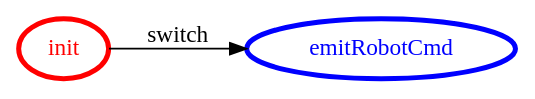
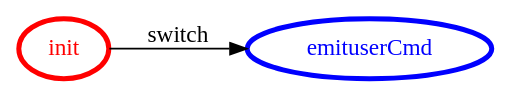
One commit to FraGio/iss2018 changed the diagram in it.unibo.reqAnalysis/srcMore/it/unibo/sonar2/sonar2.gv. Above: the diagram before and after it, drawn with Graphviz. The commit also changed 25 other files, not shown here.

```diff
--- a/it.unibo.reqAnalysis/srcMore/it/unibo/sonar2/sonar2.gv
+++ b/it.unibo.reqAnalysis/srcMore/it/unibo/sonar2/sonar2.gv
@@ -1,16 +1,16 @@
 /*
 *
 * A GraphViz DOT FSM description 
 * Please use a GraphViz visualizer (like http://www.webgraphviz.com)
 *  
 */
 
 digraph finite_state_machine {
 	rankdir=LR
 	size="8,5"
 	
 	init [ color = red ][ fontcolor = red ][ penwidth = 3 ]
-	emitRobotCmd [ color = blue ][ fontcolor = blue ][ penwidth = 3 ]
+	emituserCmd [ color = blue ][ fontcolor = blue ][ penwidth = 3 ]
 	
-	init -> emitRobotCmd [ label = "switch" ][ color = black ][ fontcolor = black ]
+	init -> emituserCmd [ label = "switch" ][ color = black ][ fontcolor = black ]
 }
```
